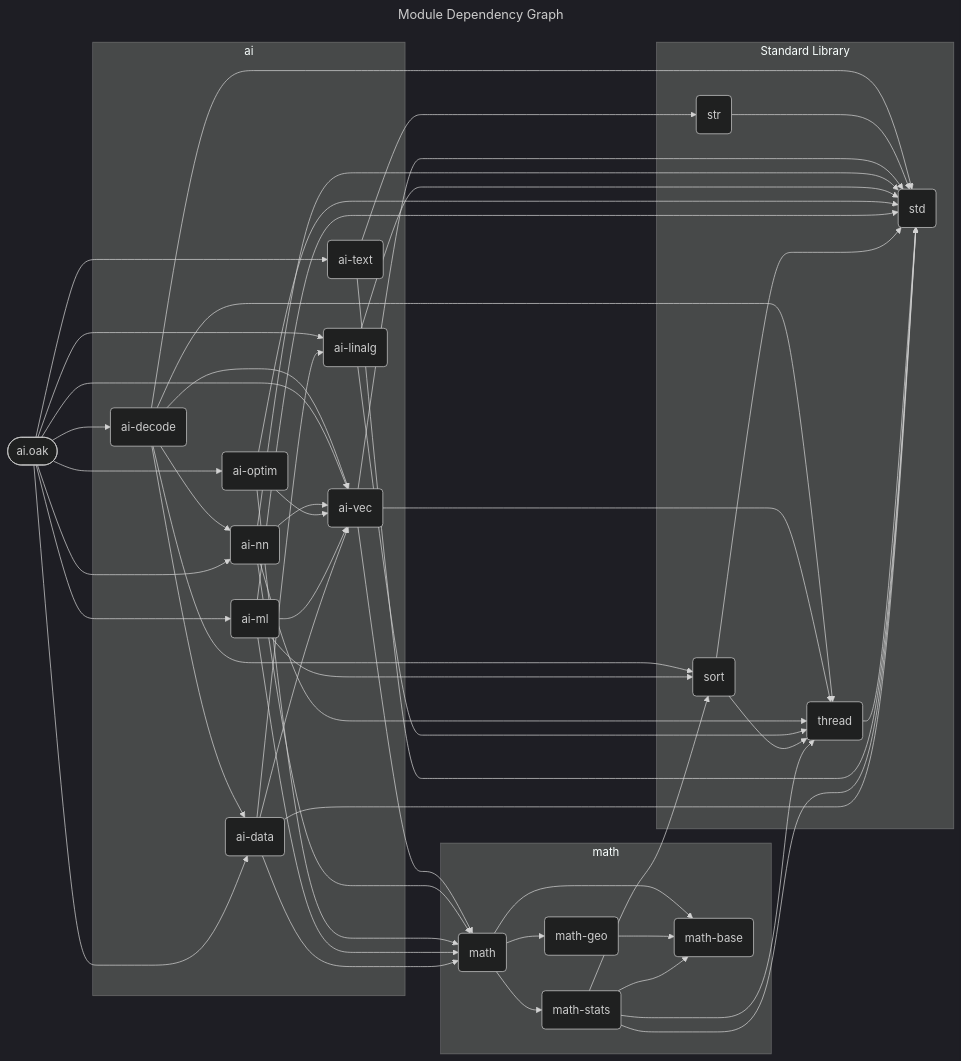
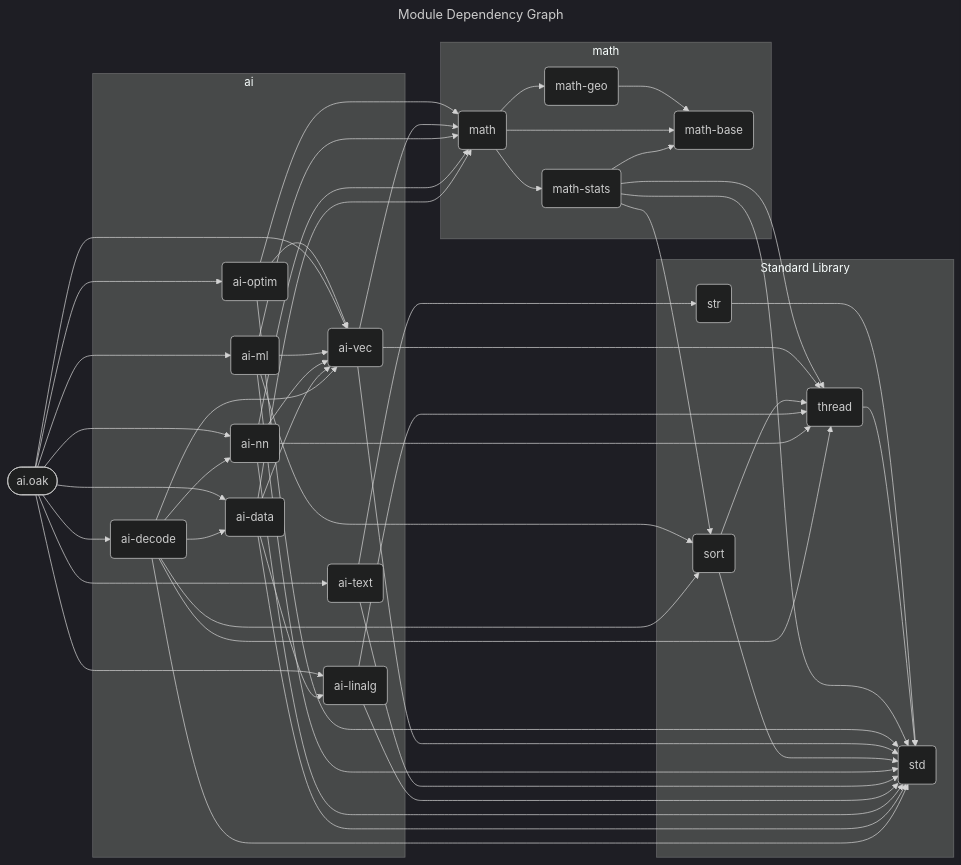
The diagram in docs/spec/ai.mmd (SpcFORK/magnolia), drawn with Mermaid (dark theme) before and after one commit. The commit also changed other lines of this file and 148 other files, not shown here.

First line of the commit message:
Refactor module dependency graphs and improve code generation

```diff
--- a/docs/spec/ai.mmd
+++ b/docs/spec/ai.mmd
@@ -1,75 +1,75 @@
 ---
 title: Module Dependency Graph
 ---
 flowchart LR
     lib_ai_oak(["ai.oak"])
     subgraph stdlib_ai ["ai"]
-        ai_decode("ai-decode")
+        ai_optim("ai-optim")
         ai_vec("ai-vec")
-        ai_nn("ai-nn")
-        ai_linalg("ai-linalg")
-        ai_optim("ai-optim")
         ai_ml("ai-ml")
         ai_text("ai-text")
+        ai_linalg("ai-linalg")
+        ai_nn("ai-nn")
         ai_data("ai-data")
+        ai_decode("ai-decode")
     end
     subgraph stdlib_math ["math"]
+        math_geo("math-geo")
         math("math")
+        math_stats("math-stats")
         math_base("math-base")
-        math_geo("math-geo")
-        math_stats("math-stats")
     end
     subgraph stdlib_core ["Standard Library"]
-        str("str")
-        sort("sort")
         thread("thread")
         std("std")
+        sort("sort")
+        str("str")
     end
-    ai_decode --> std
-    ai_decode --> sort
-    ai_decode --> thread
-    ai_decode --> ai_vec
-    ai_decode --> ai_nn
-    ai_decode --> ai_data
+    math_geo --> math_base
     str --> std
+    thread --> std
+    math --> math_base
+    math --> math_geo
+    math --> math_stats
+    math_stats --> std
+    math_stats --> sort
+    math_stats --> math_base
+    math_stats --> thread
+    ai_optim --> std
+    ai_optim --> math
+    ai_optim --> ai_vec
     lib_ai_oak --> ai_vec
     lib_ai_oak --> ai_linalg
     lib_ai_oak --> ai_nn
     lib_ai_oak --> ai_optim
     lib_ai_oak --> ai_data
     lib_ai_oak --> ai_text
     lib_ai_oak --> ai_ml
     lib_ai_oak --> ai_decode
     ai_vec --> std
     ai_vec --> math
     ai_vec --> thread
-    math --> math_base
-    math --> math_geo
-    math --> math_stats
+    sort --> std
+    sort --> thread
+    ai_ml --> std
+    ai_ml --> sort
+    ai_ml --> math
+    ai_ml --> ai_vec
+    ai_text --> std
+    ai_text --> str
+    ai_linalg --> std
+    ai_linalg --> thread
     ai_nn --> std
     ai_nn --> math
     ai_nn --> thread
     ai_nn --> ai_vec
-    ai_linalg --> std
-    ai_linalg --> thread
-    ai_optim --> std
-    ai_optim --> math
-    ai_optim --> ai_vec
-    math_geo --> math_base
-    ai_ml --> std
-    ai_ml --> sort
-    ai_ml --> math
-    ai_ml --> ai_vec
-    sort --> std
-    sort --> thread
-    thread --> std
-    ai_text --> std
-    ai_text --> str
-    math_stats --> std
-    math_stats --> sort
-    math_stats --> math_base
-    math_stats --> thread
     ai_data --> std
     ai_data --> math
     ai_data --> ai_vec
     ai_data --> ai_linalg
+    ai_decode --> std
+    ai_decode --> sort
+    ai_decode --> thread
+    ai_decode --> ai_vec
+    ai_decode --> ai_nn
+    ai_decode --> ai_data
```
